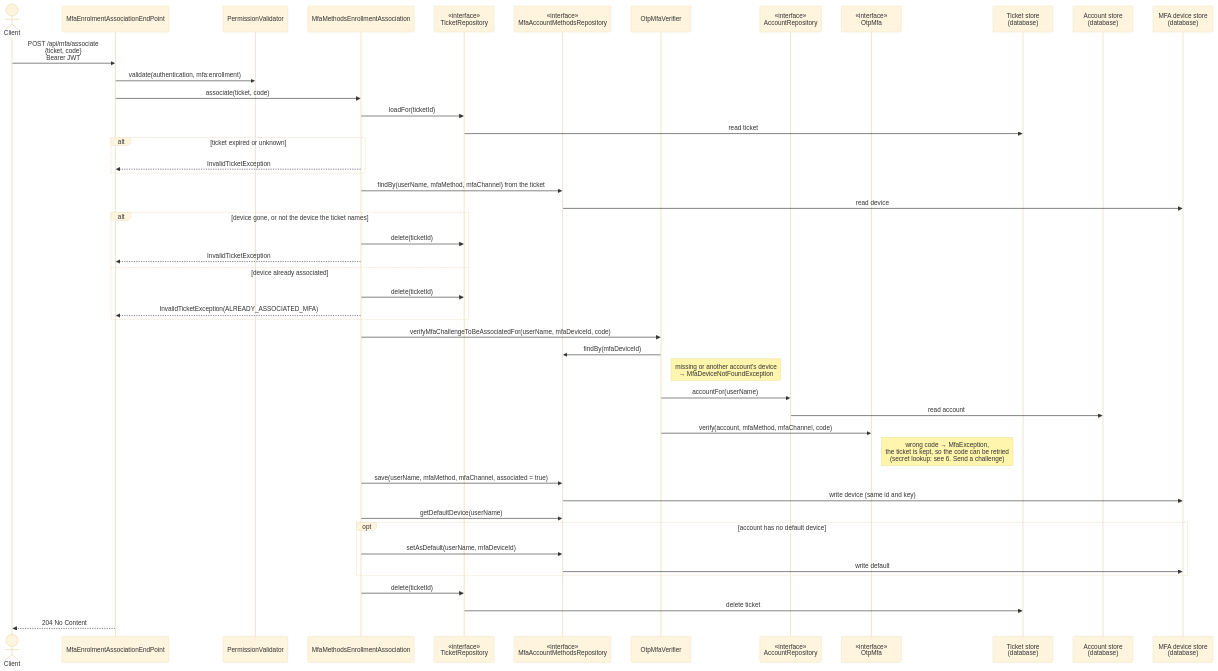
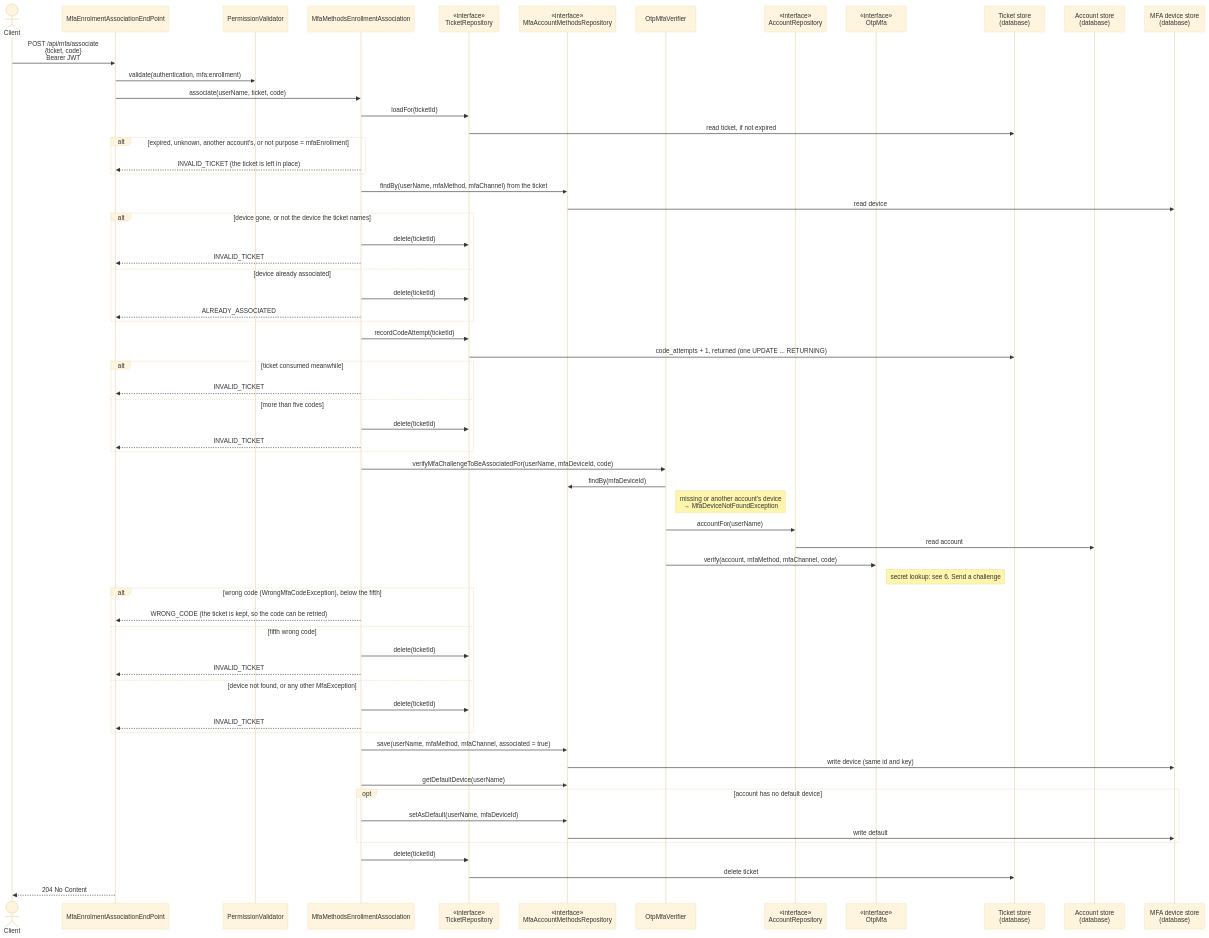
One commit to mrFlick72/vauthenticator changed the second of 7 diagrams in auth-server/docs/mfa-sequence-diagrams.md. Above: the diagram before and after it, drawn with Mermaid (base theme). The commit also changed other lines of this file and 1 other file, not shown here.

Commit message:
auth-server: sequence diagrams and VA-SEC-03 status follow the association failure reasons (#339)
Claude-Session: https://claude.ai/code/session_01JF7CjZxiE8amvbmQCXAkZy

````diff
--- a/auth-server/docs/mfa-sequence-diagrams.md
+++ b/auth-server/docs/mfa-sequence-diagrams.md
@@ -59,49 +67,66 @@
 ```mermaid
 sequenceDiagram
     actor Client
     participant EP as MfaEnrolmentAssociationEndPoint
     participant PV as PermissionValidator
     participant Association as MfaMethodsEnrollmentAssociation
     participant TicketRepo as «interface»<br/>TicketRepository
     participant MfaRepo as «interface»<br/>MfaAccountMethodsRepository
     participant Verifier as OtpMfaVerifier
     participant AccountRepo as «interface»<br/>AccountRepository
     participant OtpMfa as «interface»<br/>OtpMfa
     participant TicketDB as Ticket store<br/>(database)
     participant AccountDB as Account store<br/>(database)
     participant MfaDB as MFA device store<br/>(database)
     Client->>EP: POST /api/mfa/associate<br/>{ticket, code}<br/>Bearer JWT
     EP->>PV: validate(authentication, mfa:enrollment)
-    EP->>Association: associate(ticket, code)
+    EP->>Association: associate(userName, ticket, code)
     Association->>TicketRepo: loadFor(ticketId)
-    TicketRepo->>TicketDB: read ticket
-    alt ticket expired or unknown
-        Association-->>EP: InvalidTicketException
+    TicketRepo->>TicketDB: read ticket, if not expired
+    alt expired, unknown, another account's, or not purpose = mfaEnrollment
+        Association-->>EP: INVALID_TICKET (the ticket is left in place)
     end
     Association->>MfaRepo: findBy(userName, mfaMethod, mfaChannel) from the ticket
     MfaRepo->>MfaDB: read device
     alt device gone, or not the device the ticket names
         Association->>TicketRepo: delete(ticketId)
-        Association-->>EP: InvalidTicketException
+        Association-->>EP: INVALID_TICKET
     else device already associated
         Association->>TicketRepo: delete(ticketId)
-        Association-->>EP: InvalidTicketException(ALREADY_ASSOCIATED_MFA)
+        Association-->>EP: ALREADY_ASSOCIATED
+    end
+    Association->>TicketRepo: recordCodeAttempt(ticketId)
+    TicketRepo->>TicketDB: code_attempts + 1, returned (one UPDATE ... RETURNING)
+    alt ticket consumed meanwhile
+        Association-->>EP: INVALID_TICKET
+    else more than five codes
+        Association->>TicketRepo: delete(ticketId)
+        Association-->>EP: INVALID_TICKET
     end
     Association->>Verifier: verifyMfaChallengeToBeAssociatedFor(userName, mfaDeviceId, code)
     Verifier->>MfaRepo: findBy(mfaDeviceId)
     Note right of Verifier: missing or another account's device<br/>→ MfaDeviceNotFoundException
     Verifier->>AccountRepo: accountFor(userName)
     AccountRepo->>AccountDB: read account
     Verifier->>OtpMfa: verify(account, mfaMethod, mfaChannel, code)
-    Note right of OtpMfa: wrong code → MfaException,<br/>the ticket is kept, so the code can be retried<br/>(secret lookup: see 6. Send a challenge)
+    Note right of OtpMfa: secret lookup: see 6. Send a challenge
+    alt wrong code (WrongMfaCodeException), below the fifth
+        Association-->>EP: WRONG_CODE (the ticket is kept, so the code can be retried)
+    else fifth wrong code
+        Association->>TicketRepo: delete(ticketId)
+        Association-->>EP: INVALID_TICKET
+    else device not found, or any other MfaException
+        Association->>TicketRepo: delete(ticketId)
+        Association-->>EP: INVALID_TICKET
+    end
     Association->>MfaRepo: save(userName, mfaMethod, mfaChannel, associated = true)
     MfaRepo->>MfaDB: write device (same id and key)
     Association->>MfaRepo: getDefaultDevice(userName)
     opt account has no default device
         Association->>MfaRepo: setAsDefault(userName, mfaDeviceId)
         MfaRepo->>MfaDB: write default
     end
     Association->>TicketRepo: delete(ticketId)
     TicketRepo->>TicketDB: delete ticket
     EP-->>Client: 204 No Content
 ```
````
